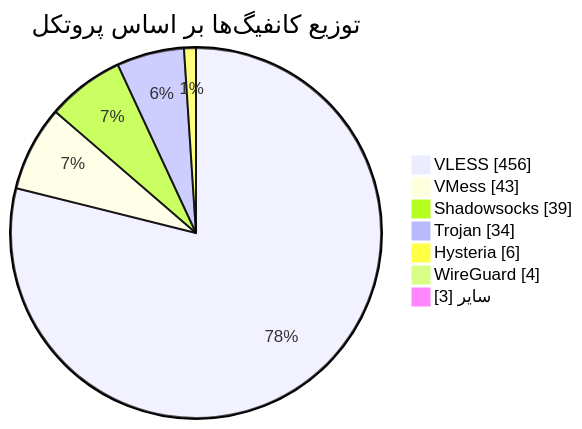
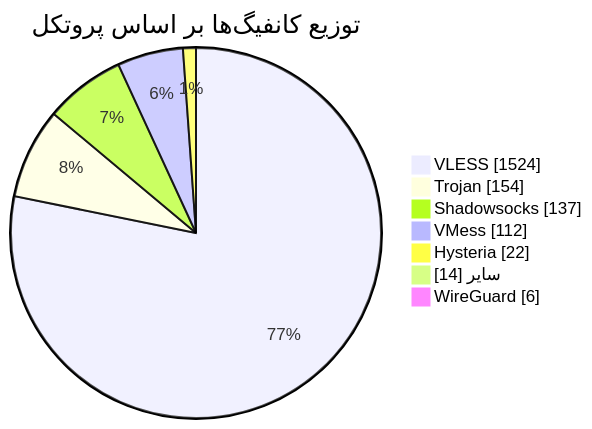
One commit to Arian-Alijani/Somthing changed the diagram in README.md. Above: the diagram before and after it, drawn with Mermaid. The commit also changed other lines of this file and 21 other files, not shown here.

````diff
--- a/README.md
+++ b/README.md
@@ -49,11 +49,11 @@
 ```mermaid
 pie showData
     title توزیع کانفیگ‌ها بر اساس پروتکل
-    "VLESS" : 456
-    "VMess" : 43
-    "Shadowsocks" : 39
-    "Trojan" : 34
-    "Hysteria" : 6
-    "WireGuard" : 4
-    "سایر" : 3
+    "VLESS" : 1524
+    "Trojan" : 154
+    "Shadowsocks" : 137
+    "VMess" : 112
+    "Hysteria" : 22
+    "سایر" : 14
+    "WireGuard" : 6
 ```
````
